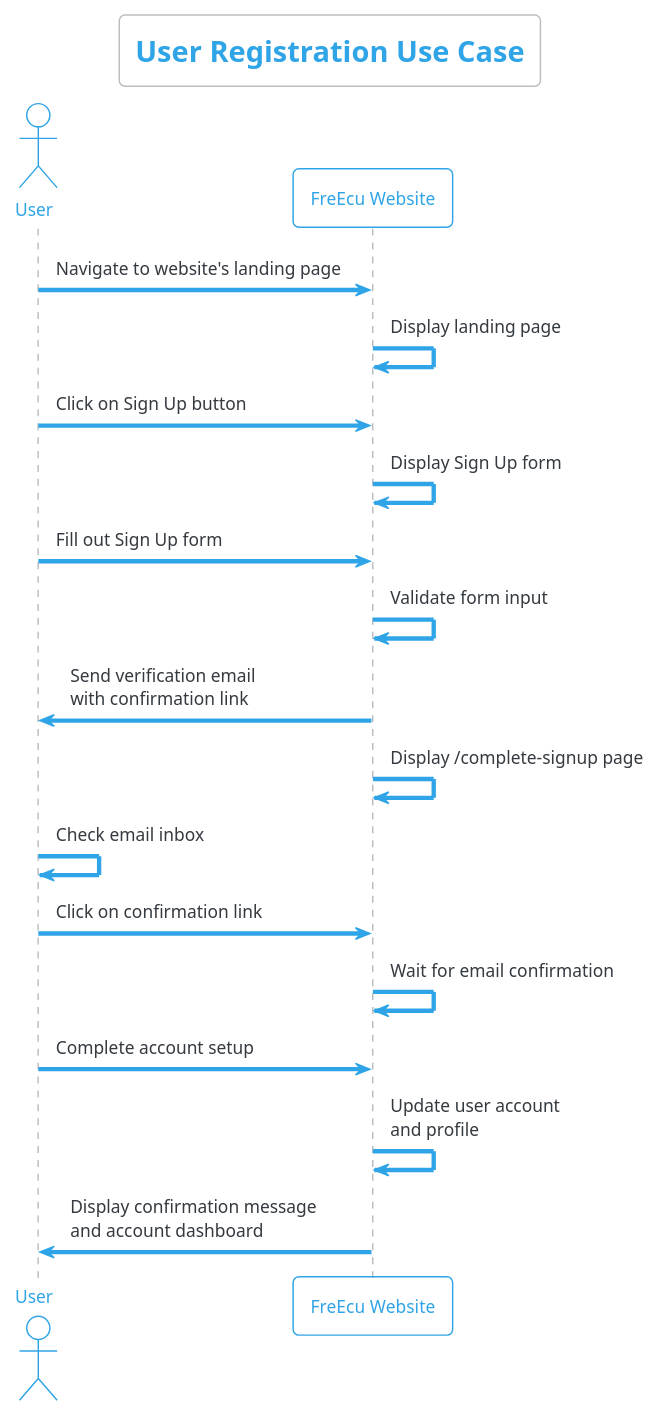
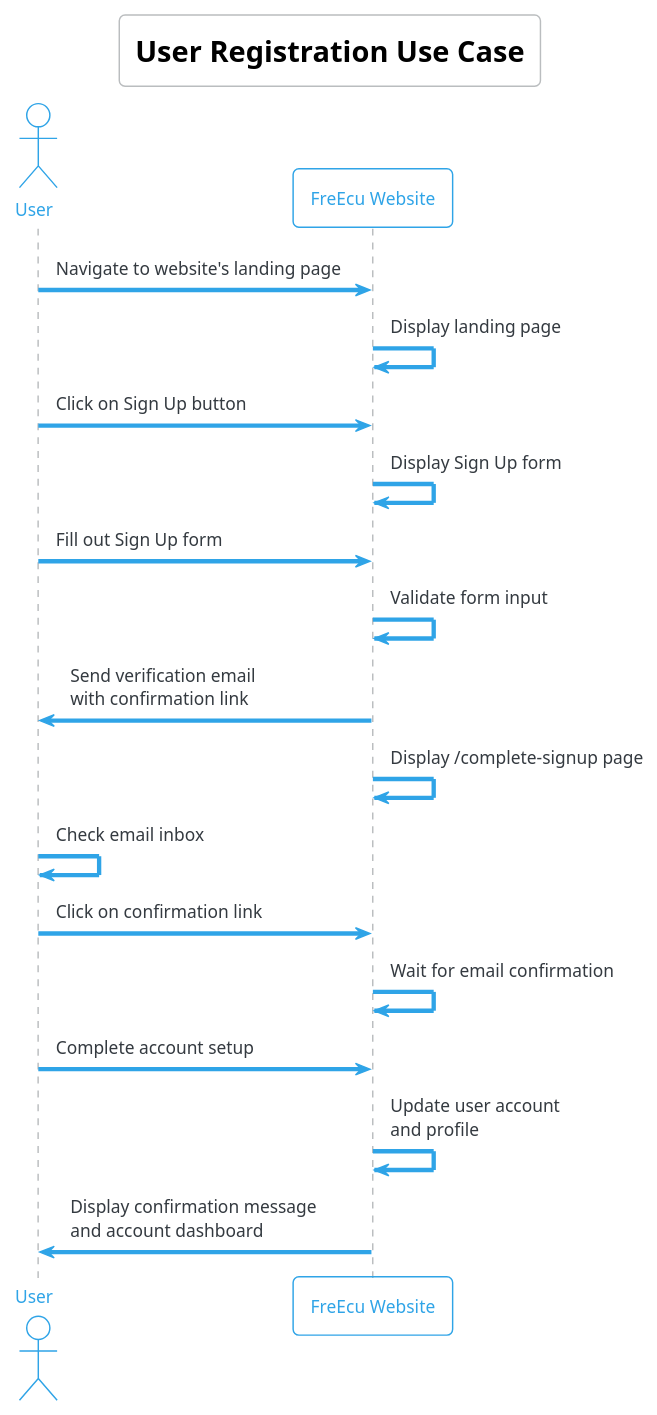
One commit to sebas-rom/proyectointegrador changed the diagram in src/Uml/Figures/registrationUseCase.puml. Above: the diagram before and after it, drawn with PlantUML. The commit also changed 13 other files, not shown here.

```diff
--- a/src/Uml/Figures/registrationUseCase.puml
+++ b/src/Uml/Figures/registrationUseCase.puml
@@ -1,26 +1,27 @@
 @startuml registrationUseCase
 
 !theme cerulean-outline
 skinparam defaultFontName Arial
 skinparam backgroundColor white
+skinparam titleFontColor black
 
 title User Registration Use Case
 
 actor User as U
 participant "FreEcu Website" as WEB
 
 U -> WEB: Navigate to website's landing page
 WEB -> WEB: Display landing page
 U -> WEB: Click on Sign Up button
 WEB -> WEB: Display Sign Up form
 U -> WEB: Fill out Sign Up form
 WEB -> WEB: Validate form input
 WEB -> U: Send verification email\nwith confirmation link
 WEB -> WEB: Display /complete-signup page
 U -> U: Check email inbox
 U -> WEB: Click on confirmation link
 WEB -> WEB: Wait for email confirmation
 U -> WEB: Complete account setup
 WEB -> WEB: Update user account\nand profile
 WEB -> U: Display confirmation message\nand account dashboard
 @enduml
```
